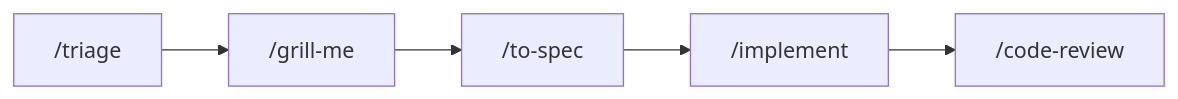
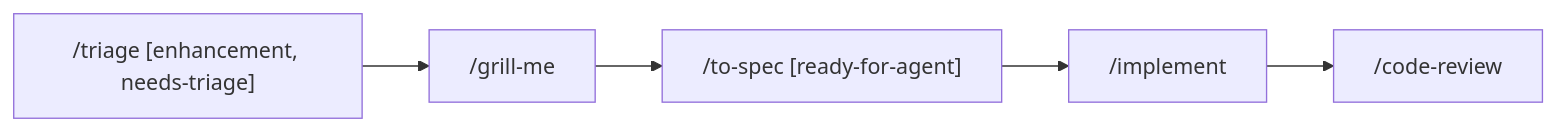
One commit to jackmaders/watchpoint changed the fourth of 8 diagrams in docs/agents/workflows.md. Above: the diagram before and after it, drawn with Mermaid. The commit also changed other lines of this file, not shown here.

````diff
--- a/docs/agents/workflows.md
+++ b/docs/agents/workflows.md
@@ -66,7 +68,7 @@
 ```mermaid
 graph LR
-    A["/triage"] --> B["/grill-me"]
-    B --> C["/to-spec"]
+    A["/triage [enhancement, needs-triage]"] --> B["/grill-me"]
+    B --> C["/to-spec [ready-for-agent]"]
     C --> D["/implement"]
     D --> E["/code-review"]
 ```
````
